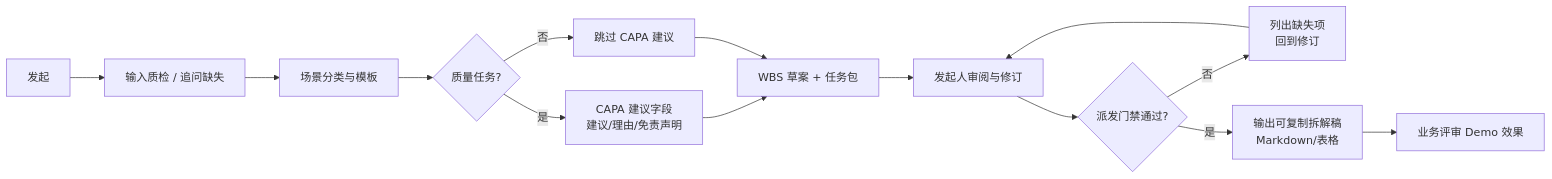
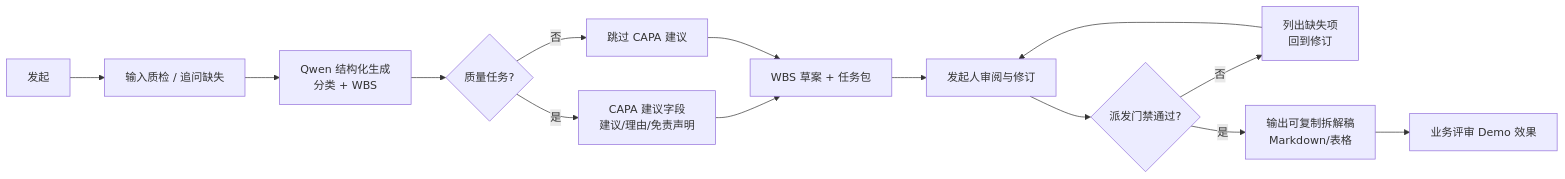
One commit to LeoHimself10/manage_robot changed the first of 7 diagrams in docs/PRD-钉钉任务规划与承接确认机器人-场景流程图.md. Above: the diagram before and after it, drawn with Mermaid. The commit also changed other lines of this file and 5 other files, not shown here.

````diff
--- a/docs/PRD-钉钉任务规划与承接确认机器人-场景流程图.md
+++ b/docs/PRD-钉钉任务规划与承接确认机器人-场景流程图.md
@@ -12,16 +12,16 @@
 ```mermaid
 flowchart LR
   A[发起] --> B[输入质检 / 追问缺失]
-  B --> C[场景分类与模板]
+  B --> C[Qwen 结构化生成<br/>分类 + WBS]
   C --> D{质量任务?}
   D -->|是| E[CAPA 建议字段<br/>建议/理由/免责声明]
   D -->|否| F[跳过 CAPA 建议]
   E --> G[WBS 草案 + 任务包]
   F --> G
   G --> H[发起人审阅与修订]
   H --> I{派发门禁通过?}
   I -->|否| J[列出缺失项<br/>回到修订]
   J --> H
   I -->|是| K[输出可复制拆解稿<br/>Markdown/表格]
   K --> L[业务评审 Demo 效果]
 ```
````
